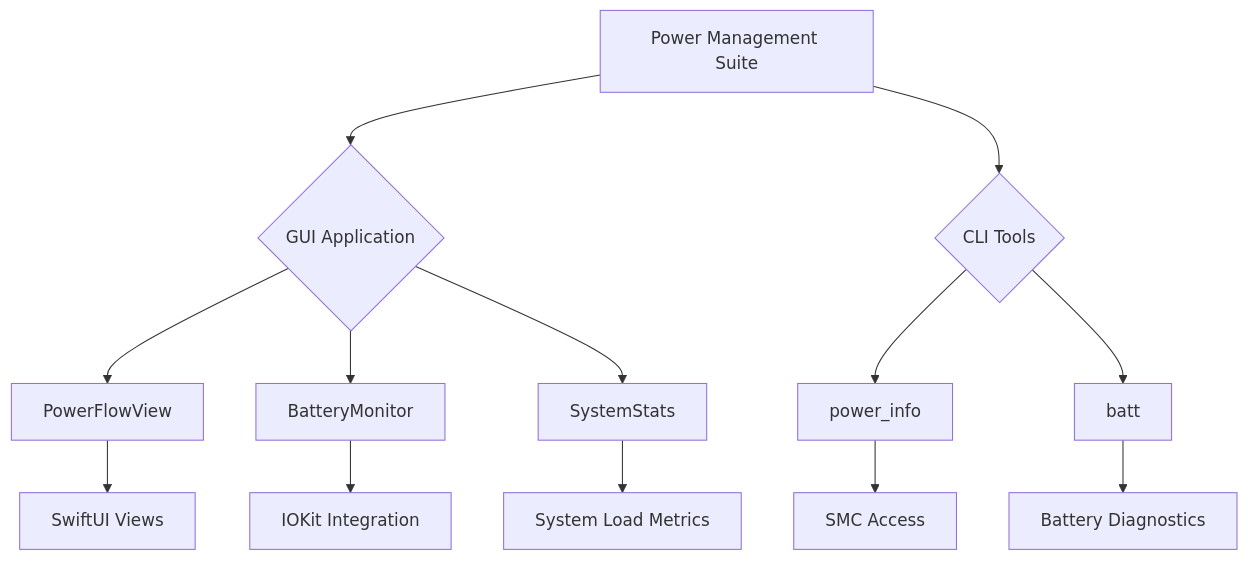
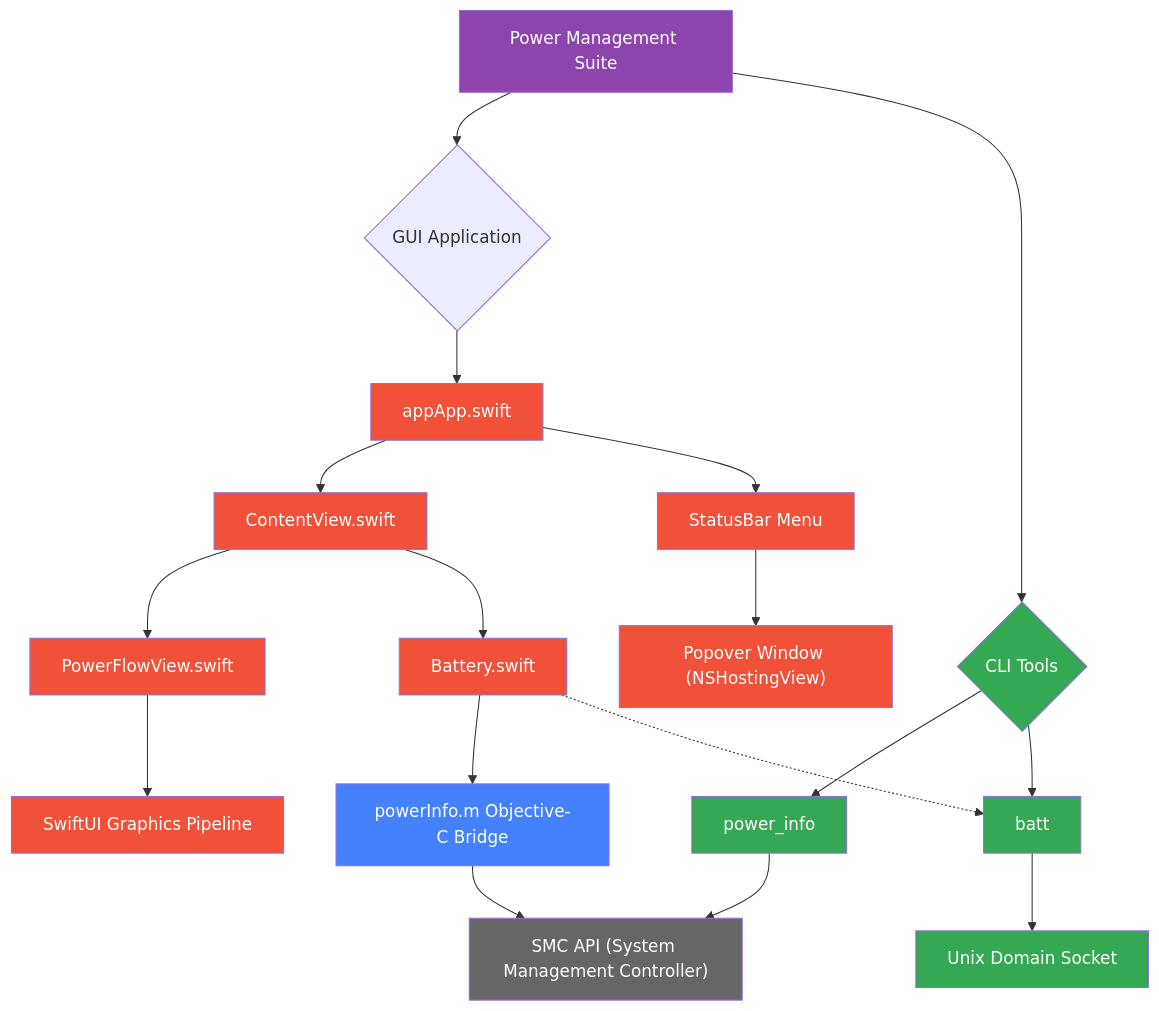
One commit to clzoc/BattGUI changed the diagram in README.md. Above: the diagram before and after it, drawn with Mermaid.

Commit message:
docs: Update architecture diagram in README
- Add integrated GUI/CLI component visualization\n- Show SwiftUI view hierarchy and Objective-C bridge\n- Include status bar menu architecture details\n- Color-code component types for clarity\n- Remove outdated CLI tools section

````diff
--- a/README.md
+++ b/README.md
@@ -21,18 +21,35 @@
 ```mermaid
 graph TD
-    A[Power Management Suite] --> B{GUI Application}
-    A --> C{CLI Tools}
+    Suite[Power Management Suite] --> GUI{GUI Application}
+    Suite --> CLI{CLI Tools}
     
-    B --> D[PowerFlowView]
-    B --> E[BatteryMonitor]
-    B --> F[SystemStats]
+    GUI --> App[appApp.swift]
+    App --> CV[ContentView.swift]
+    CV --> PFV[PowerFlowView.swift]
+    CV --> BM[Battery.swift]
     
-    C --> G[power_info]
-    C --> H[batt]
+    BM --> OC[powerInfo.m Objective-C Bridge]
+    OC --> SMC["SMC API (System Management Controller)"]
     
-    D --> I[SwiftUI Views]
-    E --> J[IOKit Integration]
-    F --> K[System Load Metrics]
-    G --> L[SMC Access]
-    H --> M[Battery Diagnostics]
+    PFV --> SW["SwiftUI Graphics Pipeline"]
+    App --> SM[StatusBar Menu]
+    SM --> POP["Popover Window (NSHostingView)"]
+    
+    CLI --> PI[power_info]
+    CLI --> BAT[batt]
+    PI --> SMC
+    BAT --> UDS["Unix Domain Socket"]
+    BM -.-> BAT
+    
+    classDef swift fill:#F05138,color:white;
+    classDef objc fill:#4381ff,color:white;
+    classDef system fill:#666,color:white;
+    classDef cli fill:#34a853,color:white;
+    classDef suite fill:#8e44ad,color:white;
+    
+    class Suite suite
+    class App,CV,PFV,BM,SW,SM,POP swift
+    class OC objc
+    class SMC system
+    class PI,BAT,CLI,UDS cli
 ```
````
